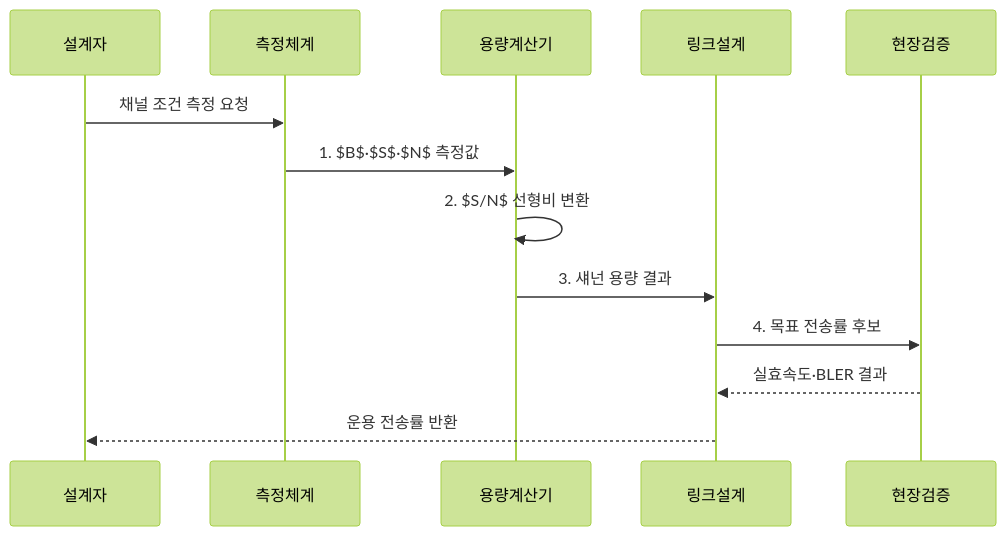
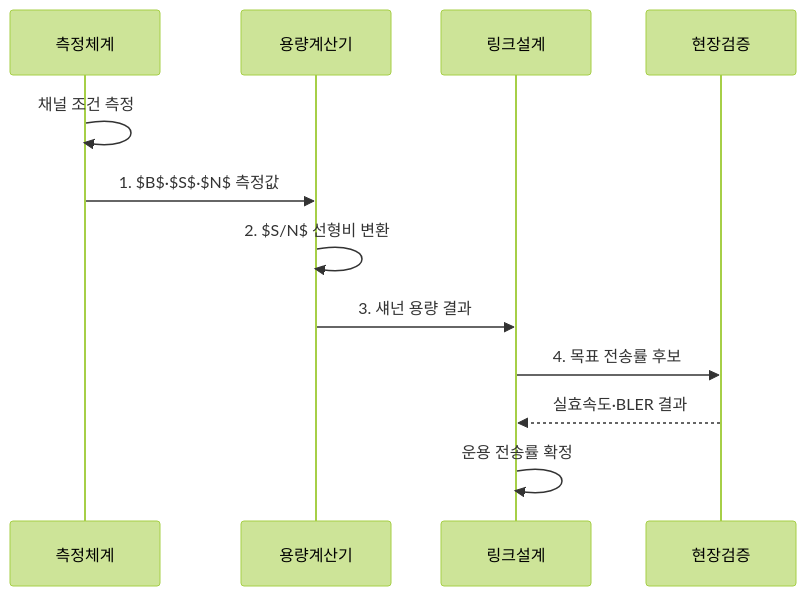
Before and after one commit to agnusdei1207/knowledge-base: the second of 2 diagrams in src/content/docs/notes/04-network/065_shannon_channel_capacity.md, drawn with Mermaid (forest theme). The commit also changed 3 other files, not shown here.

Commit message:
Remove nonactor network flow roles

````diff
--- a/src/content/docs/notes/04-network/065_shannon_channel_capacity.md
+++ b/src/content/docs/notes/04-network/065_shannon_channel_capacity.md
@@ -103,15 +103,14 @@
 ```mermaid
 sequenceDiagram
-    participant 설계자
     participant 측정체계
     participant 용량계산기
     participant 링크설계
     participant 현장검증
-    설계자->>측정체계: 채널 조건 측정 요청
+    측정체계->>측정체계: 채널 조건 측정
     측정체계->>용량계산기: 1. $B$·$S$·$N$ 측정값
     용량계산기->>용량계산기: 2. $S/N$ 선형비 변환
     용량계산기->>링크설계: 3. 섀넌 용량 결과
     링크설계->>현장검증: 4. 목표 전송률 후보
     현장검증-->>링크설계: 실효속도·BLER 결과
-    링크설계-->>설계자: 운용 전송률 반환
+    링크설계->>링크설계: 운용 전송률 확정
 ```
````
